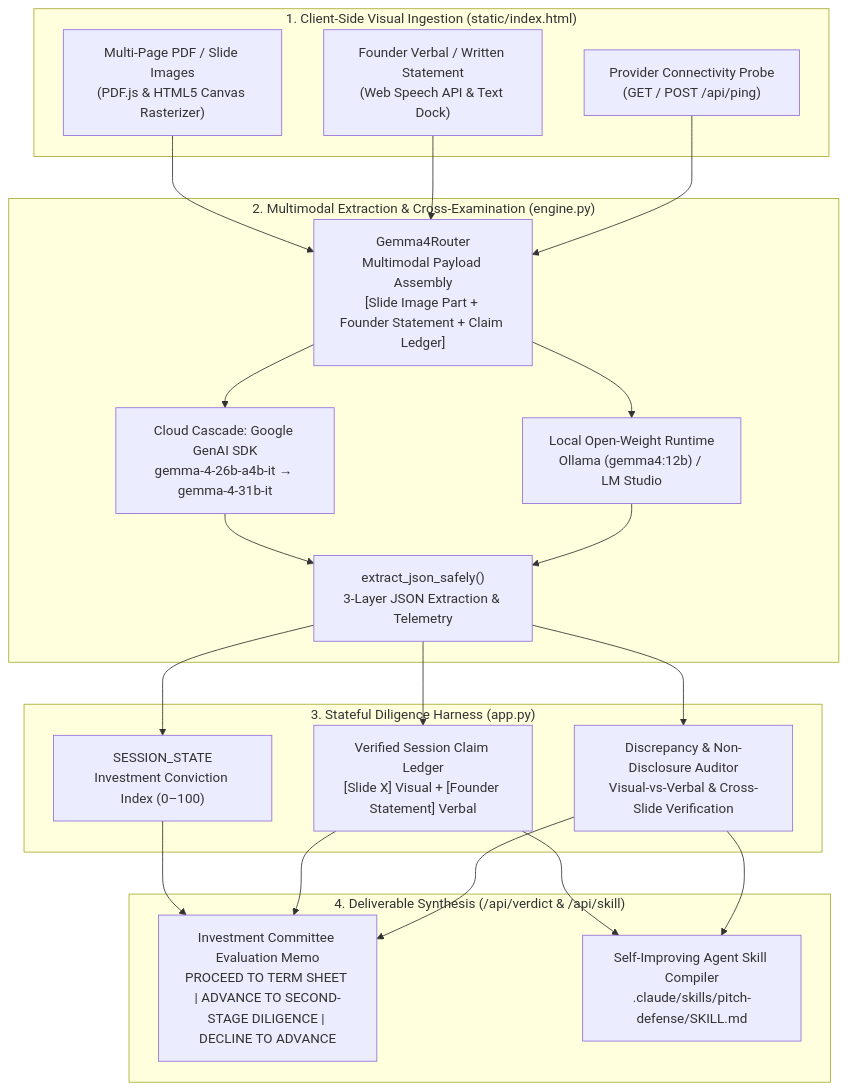
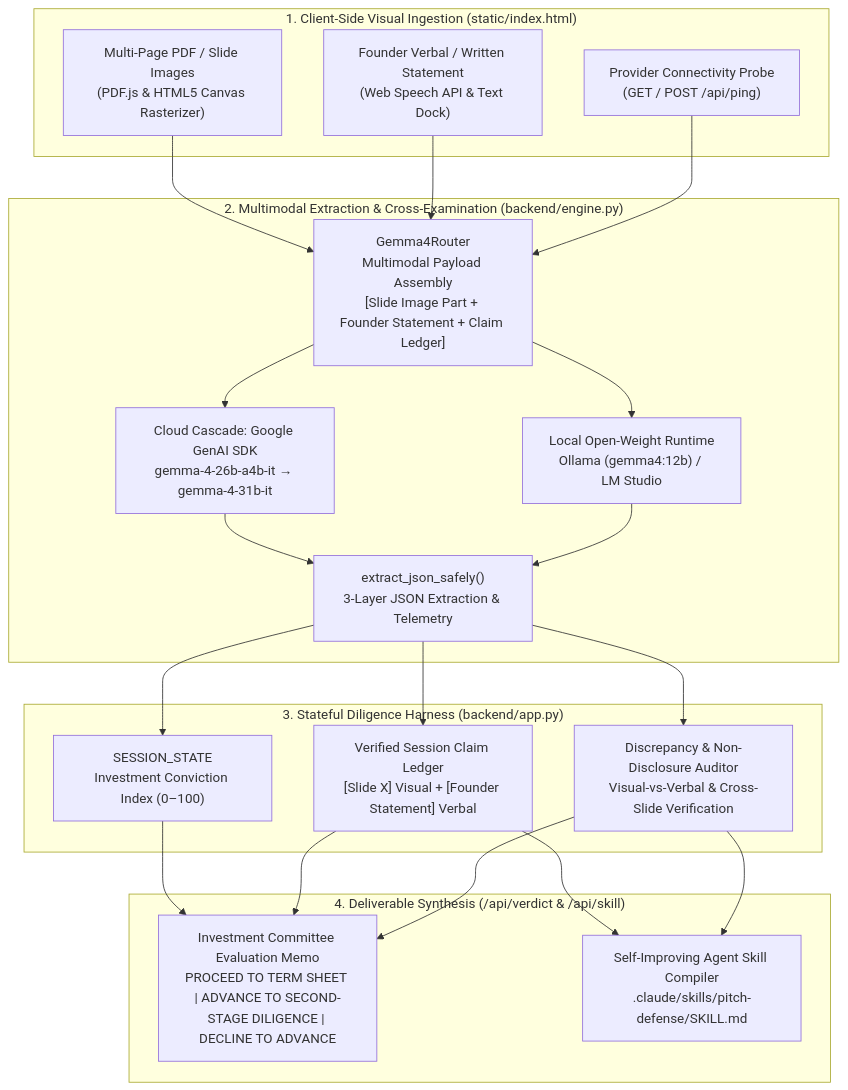
Before and after one commit to OjasD07/HotSeatAI-HackDay-2026-GDG_VU: the diagram in README.md, drawn with Mermaid. The commit also changed other lines of this file and 28 other files, not shown here.

````diff
--- a/README.md
+++ b/README.md
@@ -36,42 +36,42 @@
 ```mermaid
 graph TD
     subgraph Stage1["1. Client-Side Visual Ingestion (static/index.html)"]
         A1["Multi-Page PDF / Slide Images<br/>(PDF.js & HTML5 Canvas Rasterizer)"]
         A2["Founder Verbal / Written Statement<br/>(Web Speech API & Text Dock)"]
         A3["Provider Connectivity Probe<br/>(GET / POST /api/ping)"]
     end
 
-    subgraph Stage2["2. Multimodal Extraction & Cross-Examination (engine.py)"]
+    subgraph Stage2["2. Multimodal Extraction & Cross-Examination (backend/engine.py)"]
         B1["Gemma4Router<br/>Multimodal Payload Assembly<br/>[Slide Image Part + Founder Statement + Claim Ledger]"]
         B2["Cloud Cascade: Google GenAI SDK<br/>gemma-4-26b-a4b-it → gemma-4-31b-it"]
         B3["Local Open-Weight Runtime<br/>Ollama (gemma4:12b) / LM Studio"]
         B4["extract_json_safely()<br/>3-Layer JSON Extraction & Telemetry"]
     end
 
-    subgraph Stage3["3. Stateful Diligence Harness (app.py)"]
+    subgraph Stage3["3. Stateful Diligence Harness (backend/app.py)"]
         C1["SESSION_STATE<br/>Investment Conviction Index (0–100)"]
         C2["Verified Session Claim Ledger<br/>[Slide X] Visual + [Founder Statement] Verbal"]
         C3["Discrepancy & Non-Disclosure Auditor<br/>Visual-vs-Verbal & Cross-Slide Verification"]
     end
 
     subgraph Stage4["4. Deliverable Synthesis (/api/verdict & /api/skill)"]
         D1["Investment Committee Evaluation Memo<br/>PROCEED TO TERM SHEET | ADVANCE TO SECOND-STAGE DILIGENCE | DECLINE TO ADVANCE"]
         D2["Self-Improving Agent Skill Compiler<br/>.claude/skills/pitch-defense/SKILL.md"]
     end
 
     A1 --> B1
     A2 --> B1
     A3 --> B1
     B1 --> B2
     B1 --> B3
     B2 --> B4
     B3 --> B4
     B4 --> C1
     B4 --> C2
     B4 --> C3
     C1 --> D1
     C2 --> D1
     C3 --> D1
     C2 --> D2
     C3 --> D2
 ```
````
